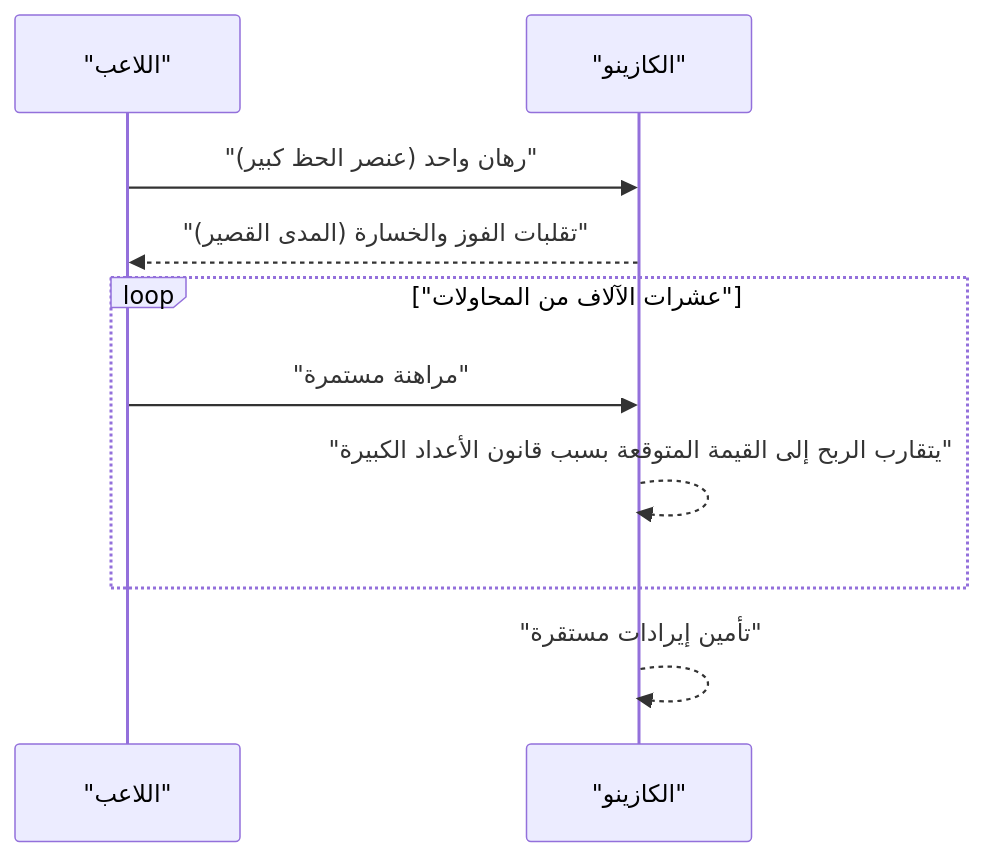
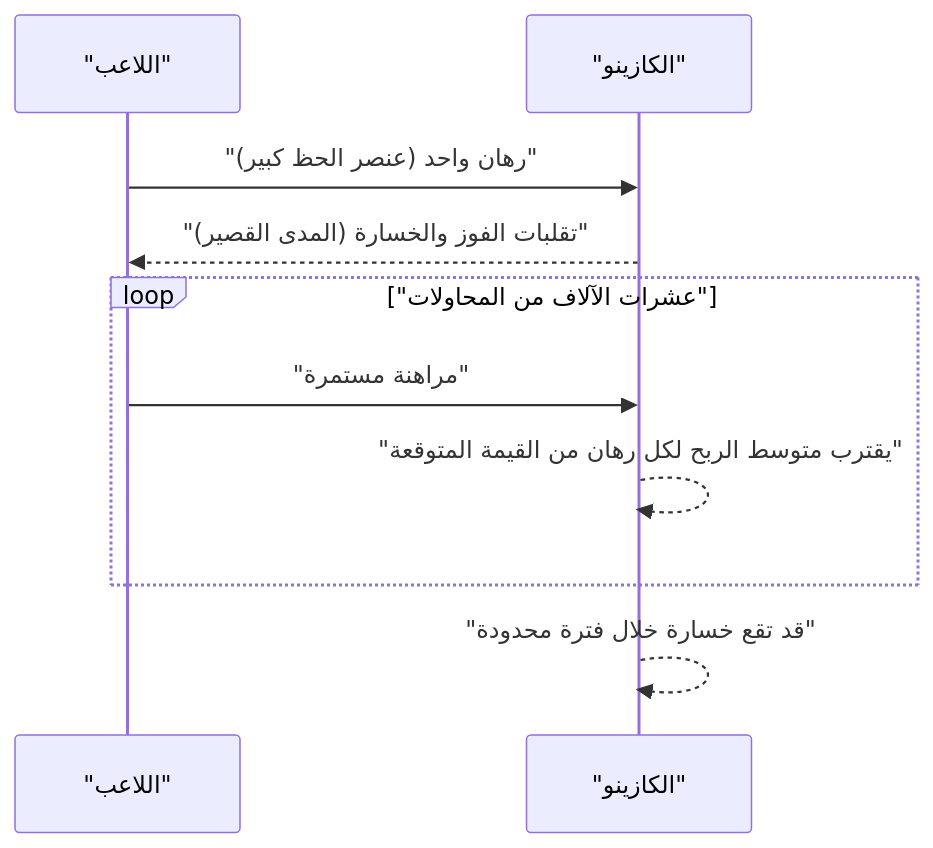
The second of 2 diagrams in content/post/law-of-large-numbers/index.ar.md (kenjinote/blog), drawn with Mermaid before and after one commit. The commit also changed other lines of this file and 7 other files, not shown here.

````diff
--- a/content/post/law-of-large-numbers/index.ar.md
+++ b/content/post/law-of-large-numbers/index.ar.md
@@ -53,12 +53,12 @@
 ```mermaid
 sequenceDiagram
     participant P as "اللاعب"
     participant C as "الكازينو"
     P->>C: "رهان واحد (عنصر الحظ كبير)"
     C-->>P: "تقلبات الفوز والخسارة (المدى القصير)"
     loop "عشرات الآلاف من المحاولات"
         P->>C: "مراهنة مستمرة"
-        C-->>C: "يتقارب الربح إلى القيمة المتوقعة بسبب قانون الأعداد الكبيرة"
+        C-->>C: "يقترب متوسط الربح لكل رهان من القيمة المتوقعة"
     end
-    C-->>C: "تأمين إيرادات مستقرة"
+    C-->>C: "قد تقع خسارة خلال فترة محدودة"
 ```
````
